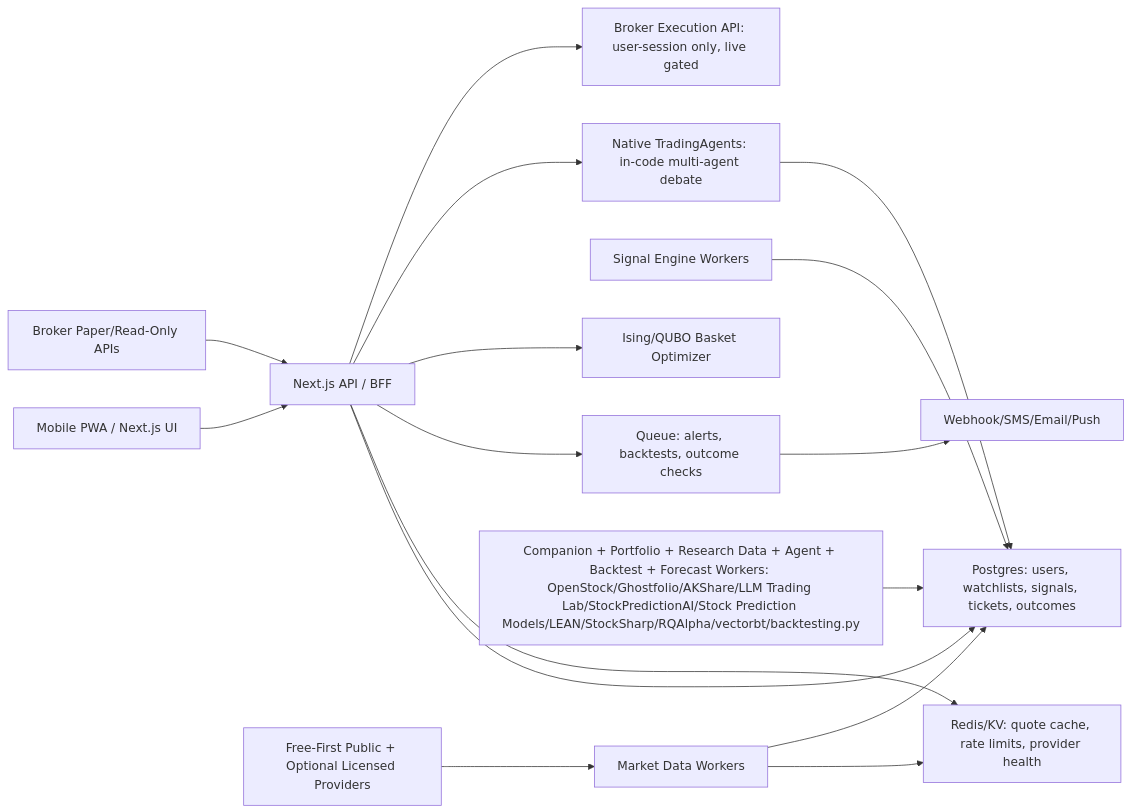
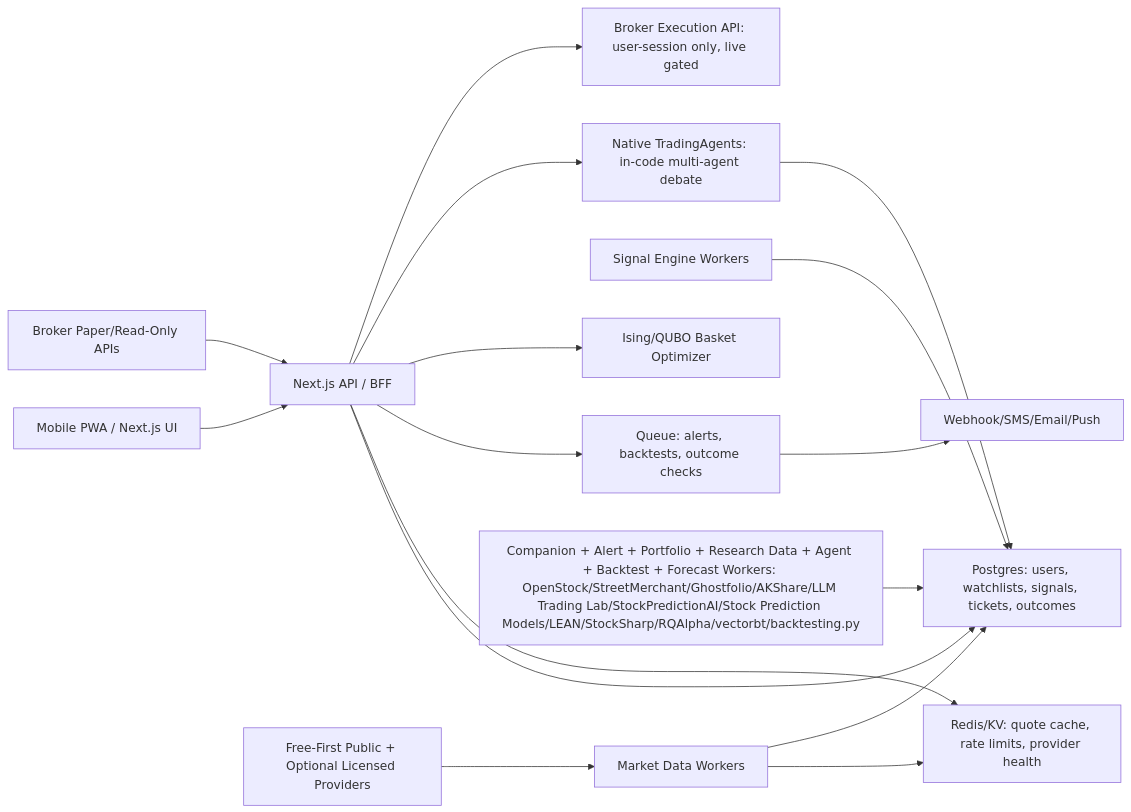
One commit to pinohu/trading-intel changed the diagram in docs/ARCHITECTURE.md. Above: the diagram before and after it, drawn with Mermaid. The commit also changed other lines of this file and 15 other files, not shown here.

Commit message:
Add StreetMerchant alert ops worker lane

````diff
--- a/docs/ARCHITECTURE.md
+++ b/docs/ARCHITECTURE.md
@@ -35,18 +35,18 @@
 ```mermaid
 flowchart LR
   UI["Mobile PWA / Next.js UI"] --> BFF["Next.js API / BFF"]
   BFF --> DB["Postgres: users, watchlists, signals, tickets, outcomes"]
   BFF --> Cache["Redis/KV: quote cache, rate limits, provider health"]
   BFF --> Queue["Queue: alerts, backtests, outcome checks"]
   DataWorker["Market Data Workers"] --> Cache
   DataWorker --> DB
   Providers["Free-First Public + Optional Licensed Providers"] --> DataWorker
   SignalWorker["Signal Engine Workers"] --> DB
   BFF --> Ising["Ising/QUBO Basket Optimizer"]
   BFF --> TradingAgents["Native TradingAgents: in-code multi-agent debate"]
   TradingAgents --> DB
-  BacktestWorker["Companion + Portfolio + Research Data + Agent + Backtest + Forecast Workers: OpenStock/Ghostfolio/AKShare/LLM Trading Lab/StockPredictionAI/Stock Prediction Models/LEAN/StockSharp/RQAlpha/vectorbt/backtesting.py"] --> DB
+  BacktestWorker["Companion + Alert + Portfolio + Research Data + Agent + Backtest + Forecast Workers: OpenStock/StreetMerchant/Ghostfolio/AKShare/LLM Trading Lab/StockPredictionAI/Stock Prediction Models/LEAN/StockSharp/RQAlpha/vectorbt/backtesting.py"] --> DB
   Broker["Broker Paper/Read-Only APIs"] --> BFF
   BFF --> BrokerExec["Broker Execution API: user-session only, live gated"]
   Queue --> Alerts["Webhook/SMS/Email/Push"]
 ```
````
